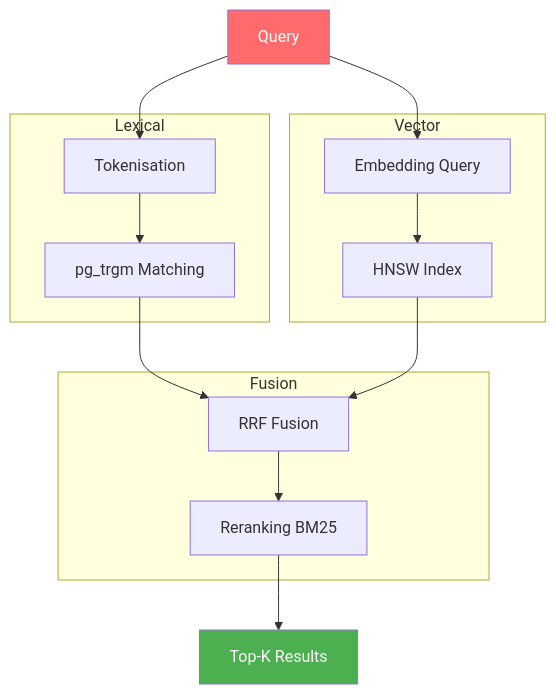
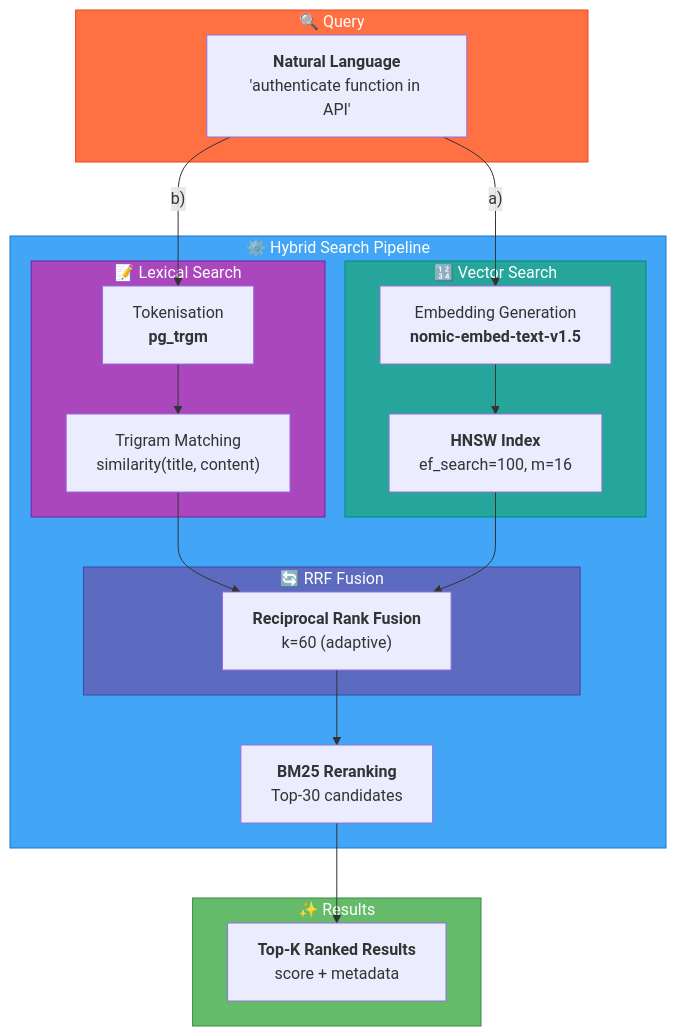
The fourth of 12 diagrams in docs/ARCHITECTURE.md (giak/mnemo-lite), drawn with Mermaid before and after one commit. The commit also changed other lines of this file, not shown here.

Commit message:
docs: enhance ARCHITECTURE.md with professional Mermaid diagrams

````diff
--- a/docs/ARCHITECTURE.md
+++ b/docs/ARCHITECTURE.md
@@ -233,24 +209,37 @@
 ```mermaid
 flowchart TB
-    Q[Query] --> E[Embedding Query]
-    Q --> T[Tokenisation]
-
-    subgraph Lexical
-        T --> Trgm[pg_trgm Matching]
+    subgraph QUERY["🔍 Query"]
+        Q["<b>Natural Language</b><br/>'authenticate function in API'"]
     end
 
-    subgraph Vector
-        E --> HNSW[HNSW Index]
+    subgraph PROCESS["⚙️ Hybrid Search Pipeline"]
+        Q -->|"a)"| EMB["Embedding Generation<br/><b>nomic-embed-text-v1.5</b>"]
+        Q -->|"b)"| TOK["Tokenisation<br/><b>pg_trgm</b>"]
+
+        subgraph LEXICAL["📝 Lexical Search"]
+            TOK --> TRGM["Trigram Matching<br/>similarity(title, content)"]
+        end
+
+        subgraph VECTOR["🔢 Vector Search"]
+            EMB --> HNSW["<b>HNSW Index</b><br/>ef_search=100, m=16"]
+        end
+
+        subgraph FUSION["🔄 RRF Fusion"]
+            TRGM --> RRF["<b>Reciprocal Rank Fusion</b><br/>k=60 (adaptive)"]
+            HNSW --> RRF
+        end
+
+        RRF --> RERANK["<b>BM25 Reranking</b><br/>Top-30 candidates"]
     end
 
-    subgraph Fusion
-        Trgm --> RRF[RRF Fusion]
-        HNSW --> RRF
-        RRF --> Rerank[Reranking BM25]
+    subgraph OUTPUT["✨ Results"]
+        RERANK --> OUT["<b>Top-K Ranked Results</b><br/>score + metadata"]
     end
 
-    Rerank --> Results[Top-K Results]
-
-    style Q fill:#ff6b6b,color:#fff
-    style Results fill:#4CAF50,color:#fff
+    style QUERY fill:#FF7043,stroke:#E64A19,color:#fff
+    style PROCESS fill:#42A5F5,stroke:#1976D2,color:#fff
+    style OUTPUT fill:#66BB6A,stroke:#388E3C,color:#fff
+    style LEXICAL fill:#AB47BC,stroke:#7B1FA2,color:#fff
+    style VECTOR fill:#26A69A,stroke:#00897B,color:#fff
+    style FUSION fill:#5C6BC0,stroke:#3949AB,color:#fff
 ```
````
